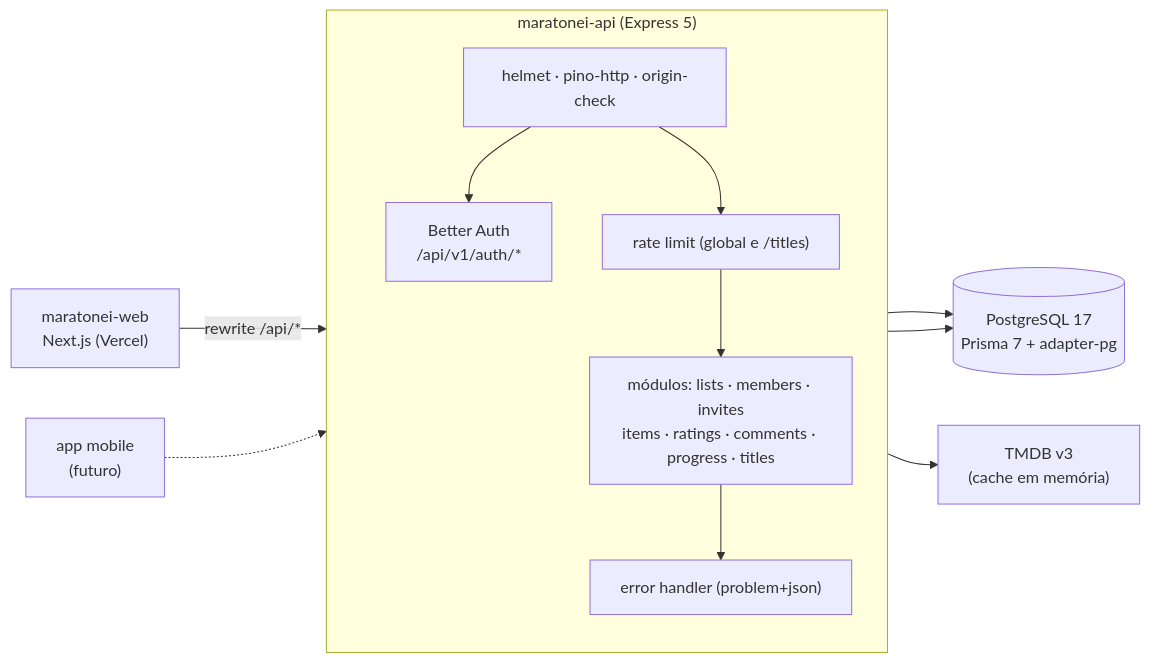
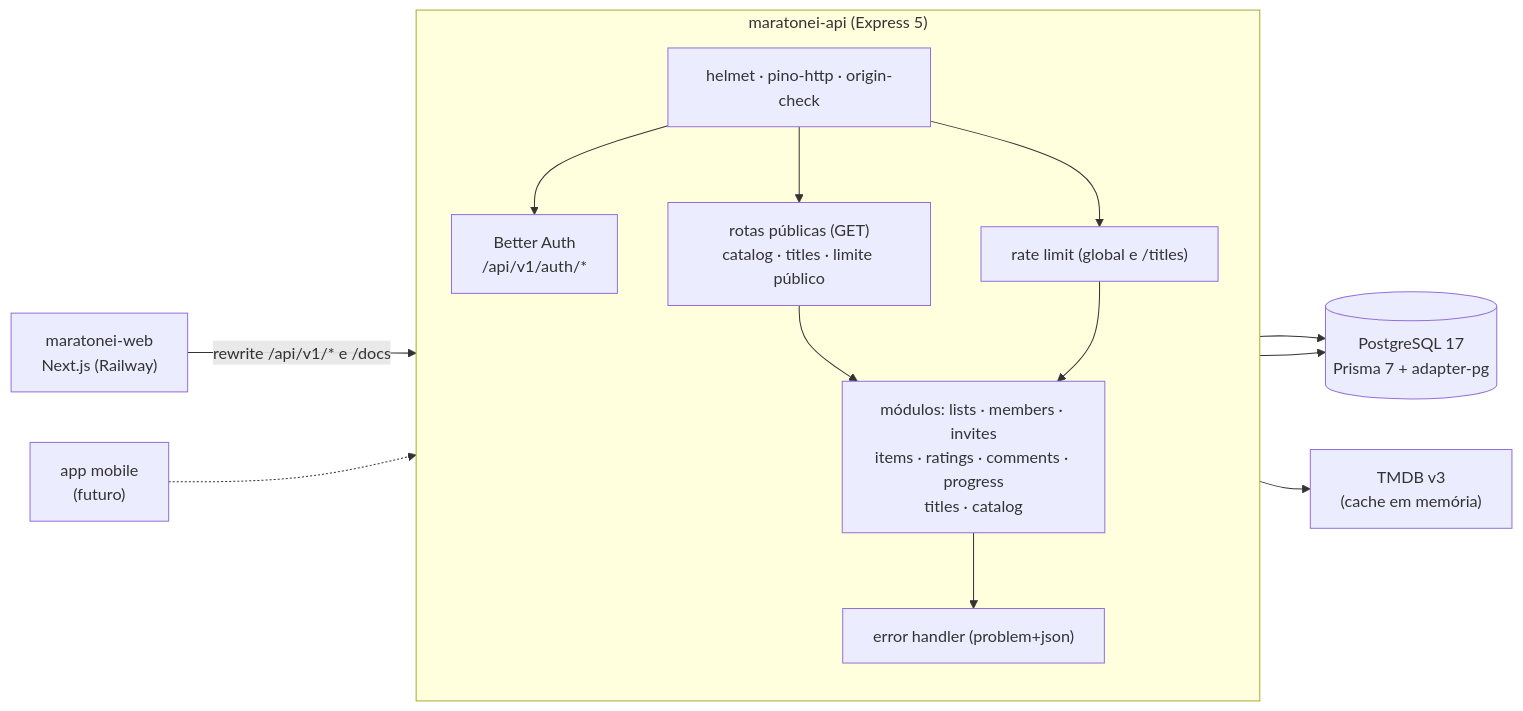
Before and after one commit to Castelhano30/maratonei-api: the diagram in README.md, drawn with Mermaid. The commit also changed other lines of this file, not shown here.

Commit message:
docs: documenta rotas públicas, cache, limites e Railway no README da API

````diff
--- a/README.md
+++ b/README.md
@@ -8,14 +8,15 @@
 ```mermaid
 flowchart LR
-  Web["maratonei-web<br/>Next.js (Vercel)"] -- "rewrite /api/*" --> API
+  Web["maratonei-web<br/>Next.js (Railway)"] -- "rewrite /api/v1/* e /docs" --> API
   Mobile["app mobile<br/>(futuro)"] -.-> API
   subgraph API["maratonei-api (Express 5)"]
     direction TB
     MW["helmet · pino-http · origin-check"] --> Auth["Better Auth<br/>/api/v1/auth/*"]
-    MW --> Rate["rate limit (global e /titles)"] --> Mods["módulos: lists · members · invites<br/>items · ratings · comments · progress · titles"]
+    MW --> Public["rotas públicas (GET)<br/>catalog · titles · limite público"] --> Mods
+    MW --> Rate["rate limit (global e /titles)"] --> Mods["módulos: lists · members · invites<br/>items · ratings · comments · progress<br/>titles · catalog"]
     Mods --> Err["error handler (problem+json)"]
   end
   Mods --> DB[("PostgreSQL 17<br/>Prisma 7 + adapter-pg")]
   Auth --> DB
   Mods --> TMDB["TMDB v3<br/>(cache em memória)"]
 ```
````
